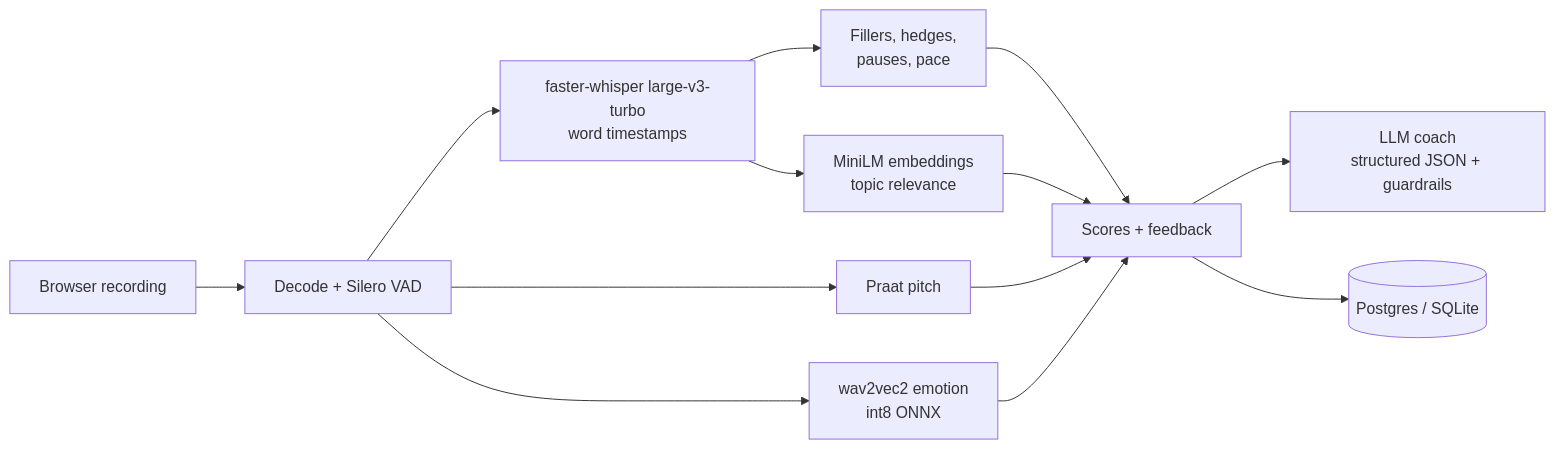
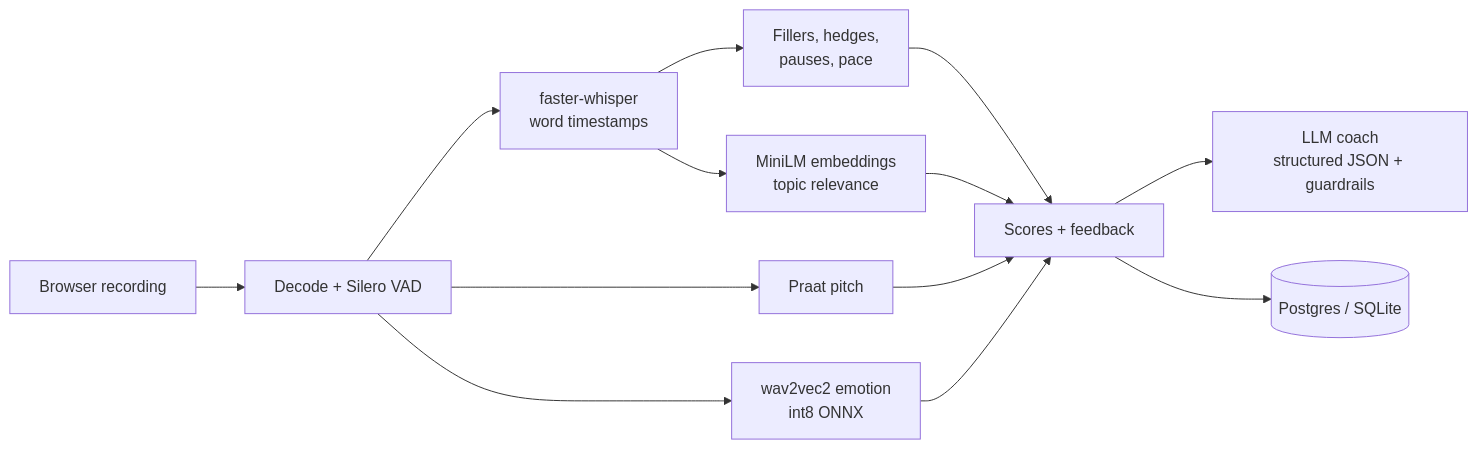
One commit to josephamal10/confident-talk-analyzer changed the diagram in README.md. Above: the diagram before and after it, drawn with Mermaid. The commit also changed other lines of this file and 1 other file, not shown here.

````diff
--- a/README.md
+++ b/README.md
@@ -22,12 +22,12 @@
 ```mermaid
 flowchart LR
     A[Browser recording] --> B[Decode + Silero VAD]
-    B --> C[faster-whisper large-v3-turbo<br/>word timestamps]
+    B --> C[faster-whisper<br/>word timestamps]
     C --> D[Fillers, hedges,<br/>pauses, pace]
     B --> E[Praat pitch]
     B --> F[wav2vec2 emotion<br/>int8 ONNX]
     C --> G[MiniLM embeddings<br/>topic relevance]
     D & E & F & G --> H[Scores + feedback]
     H --> I[LLM coach<br/>structured JSON + guardrails]
     H --> J[(Postgres / SQLite)]
 ```
````
